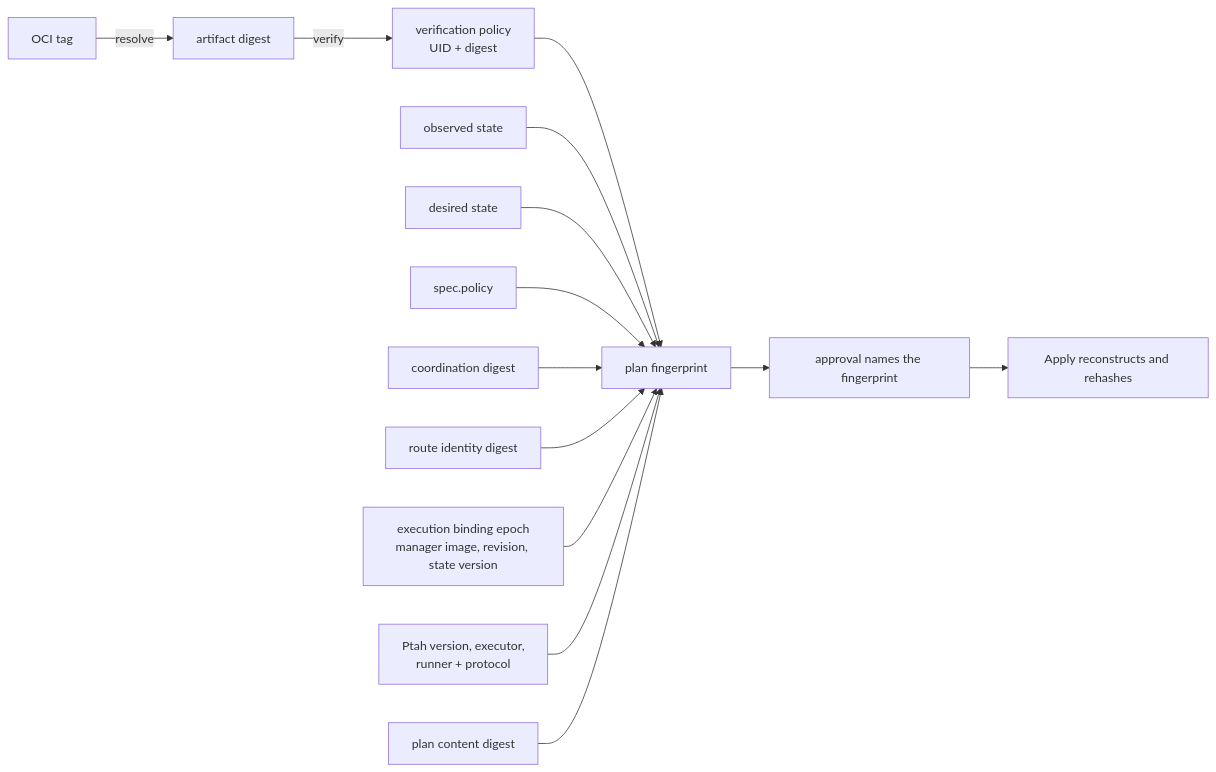
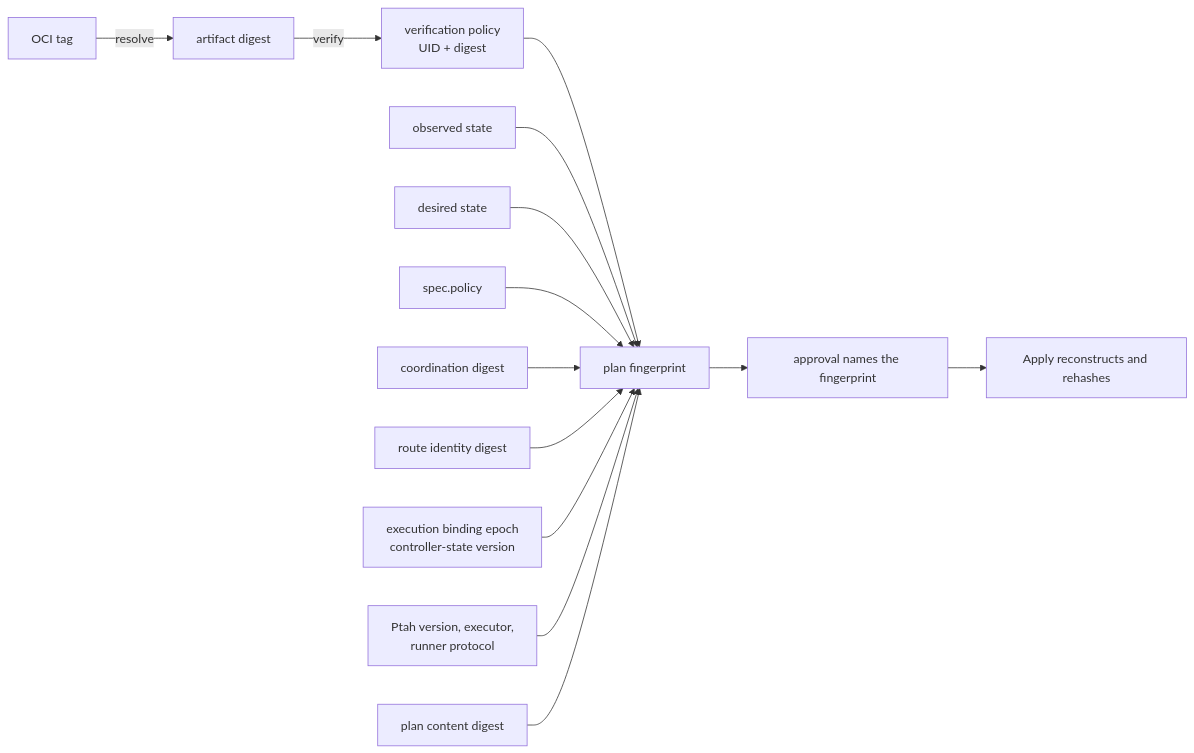
One commit to stokaro/ptah-operator changed the diagram in docs/site/src/content/docs/reference/plans-and-approvals.md. Above: the diagram before and after it, drawn with Mermaid. The commit also changed other lines of this file and 108 other files, not shown here.

````diff
--- a/docs/site/src/content/docs/reference/plans-and-approvals.md
+++ b/docs/site/src/content/docs/reference/plans-and-approvals.md
@@ -17,16 +17,16 @@
 ```mermaid
 flowchart LR
   tag["OCI tag"] -->|resolve| digest["artifact digest"]
   digest -->|verify| policy["verification policy<br/>UID + digest"]
   policy --> plan["plan fingerprint"]
   observed["observed state"] --> plan
   desired["desired state"] --> plan
   reconcile["spec.policy"] --> plan
   realm["coordination digest"] --> plan
   route["route identity digest"] --> plan
-  epoch["execution binding epoch<br/>manager image, revision, state version"] --> plan
-  ptah["Ptah version, executor,<br/>runner + protocol"] --> plan
+  epoch["execution binding epoch<br/>controller-state version"] --> plan
+  ptah["Ptah version, executor,<br/>runner protocol"] --> plan
   bytes["plan content digest"] --> plan
   plan --> approval["approval names the fingerprint"]
   approval --> apply["Apply reconstructs and rehashes"]
 ```
````
